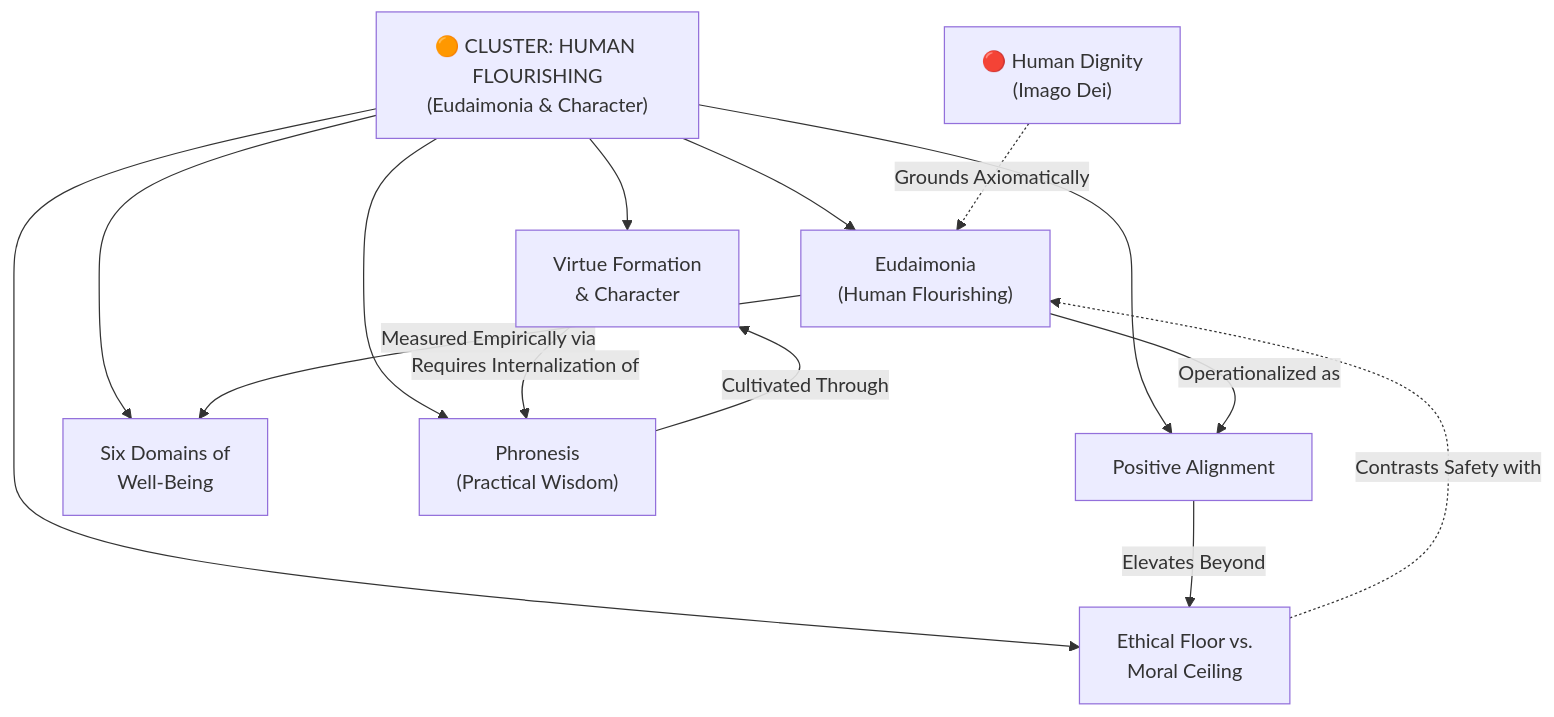
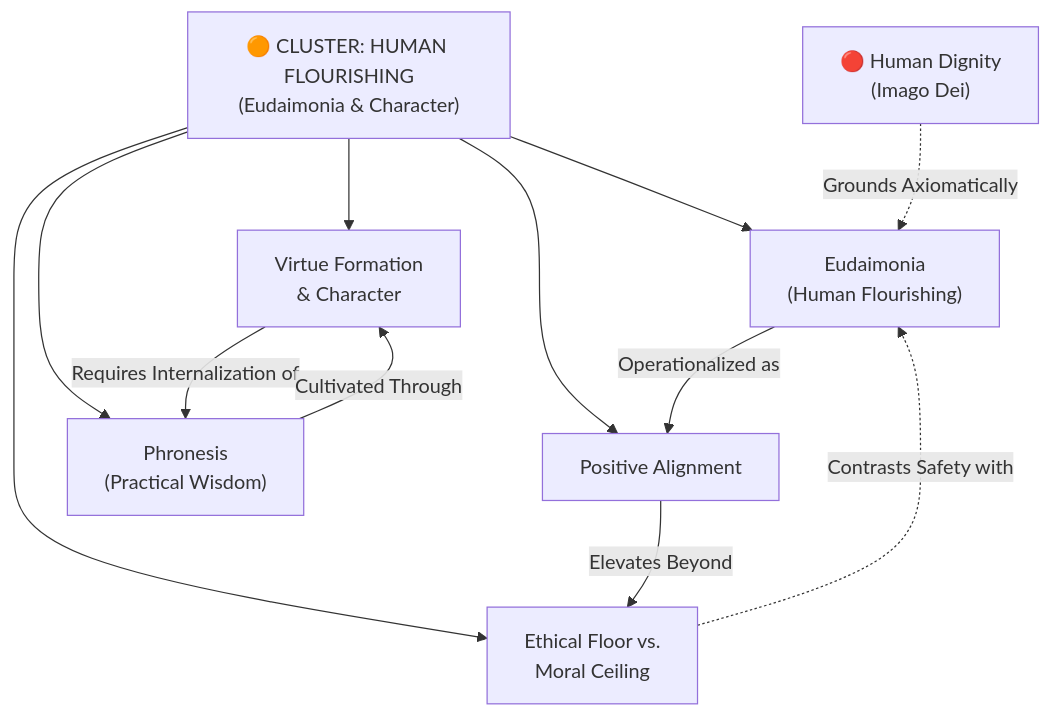
One commit to Sykes-Leonard/delta-guide changed the diagram in concepts/cluster-human-flourishing.md. Above: the diagram before and after it, drawn with Mermaid. The commit also changed other lines of this file and 46 other files, not shown here.

````diff
--- a/concepts/cluster-human-flourishing.md
+++ b/concepts/cluster-human-flourishing.md
@@ -39,38 +39,34 @@
 ```mermaid
 flowchart TD
     %% Cluster Core Hub
     HUB["🟠 CLUSTER: HUMAN FLOURISHING
 (Eudaimonia & Character)"]
 
     %% Constituent Nodes
     EUDAIM["Eudaimonia
 (Human Flourishing)"]
     POS_ALIGN["Positive Alignment"]
     VIRTUE["Virtue Formation
 & Character"]
-    SIX_DOM["Six Domains of
-Well-Being"]
     PHRON["Phronesis
 (Practical Wisdom)"]
     FLOOR_CEIL["Ethical Floor vs.
 Moral Ceiling"]
 
     %% Gravitational Center
     HD["🔴 Human Dignity
 (Imago Dei)"]
 
     HUB --> EUDAIM
     HUB --> POS_ALIGN
     HUB --> VIRTUE
-    HUB --> SIX_DOM
     HUB --> PHRON
     HUB --> FLOOR_CEIL
 
     HD -.->|Grounds Axiomatically| EUDAIM
     EUDAIM -->|Operationalized as| POS_ALIGN
     POS_ALIGN -->|Elevates Beyond| FLOOR_CEIL
-    EUDAIM -->|Measured Empirically via| SIX_DOM
     VIRTUE -->|Requires Internalization of| PHRON
     PHRON -->|Cultivated Through| VIRTUE
     FLOOR_CEIL -.->|Contrasts Safety with| EUDAIM
 ```
````
